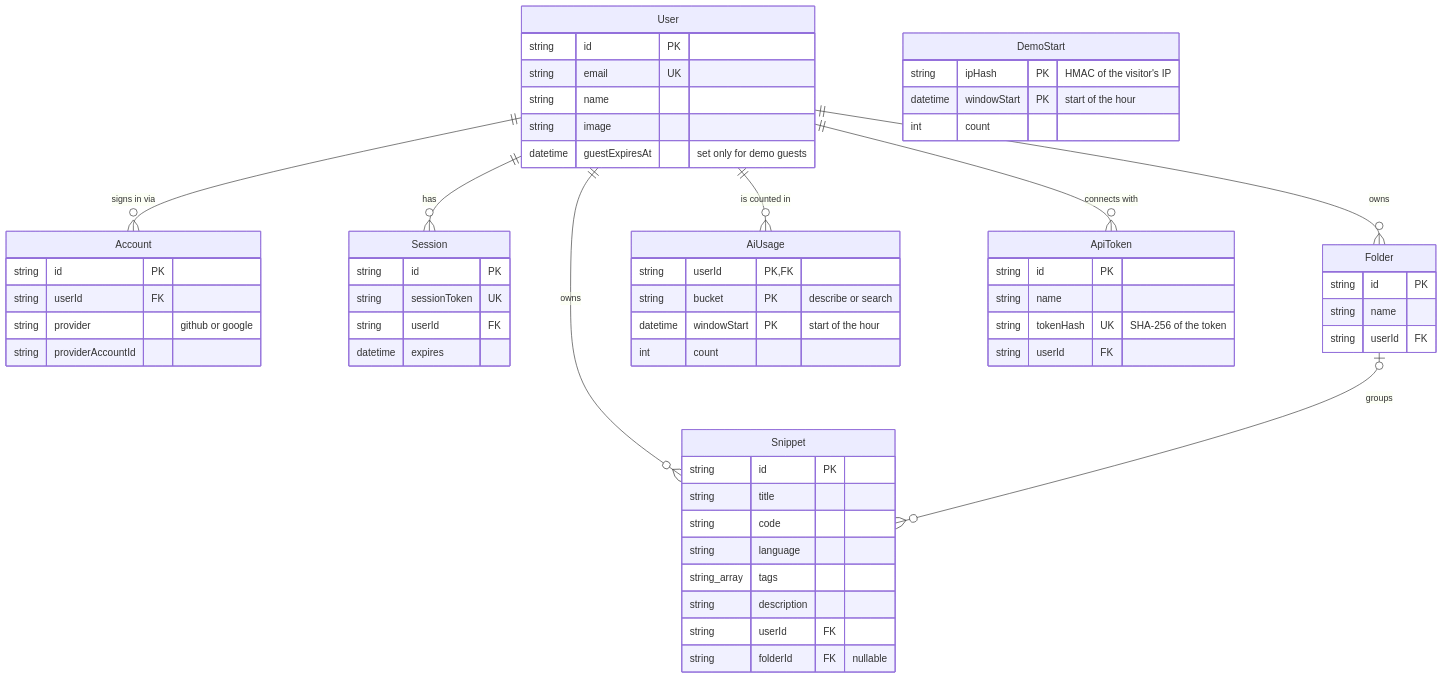
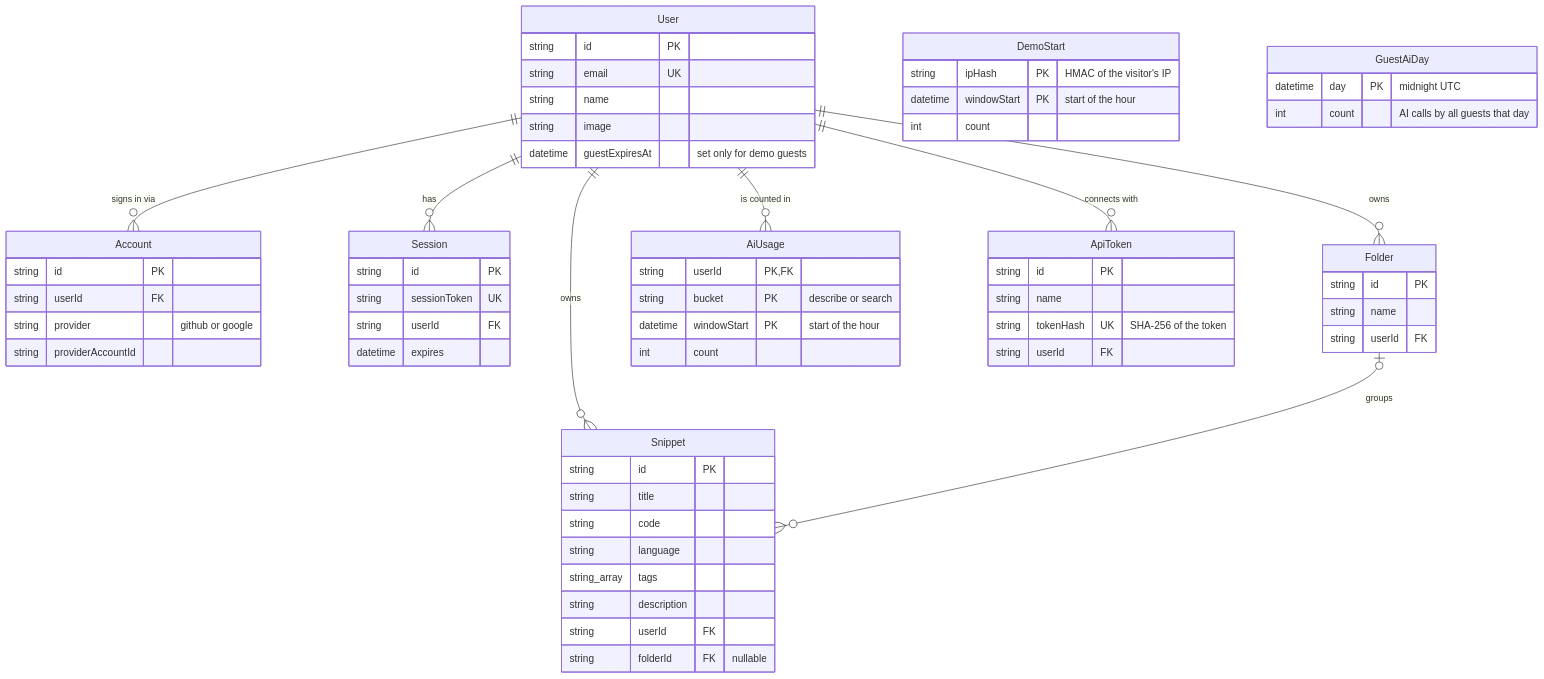
The third of 4 diagrams in docs/ARCHITECTURE.md (RyanDanielWalker/snippr), drawn with Mermaid before and after one commit. The commit also changed other lines of this file and 5 other files, not shown here.

````diff
--- a/docs/ARCHITECTURE.md
+++ b/docs/ARCHITECTURE.md
@@ -125,62 +125,66 @@
 ```mermaid
 erDiagram
     User ||--o{ Account : "signs in via"
     User ||--o{ Session : "has"
     User ||--o{ Snippet : "owns"
     User ||--o{ Folder : "owns"
     User ||--o{ AiUsage : "is counted in"
     User ||--o{ ApiToken : "connects with"
     Folder |o--o{ Snippet : "groups"
 
     User {
         string id PK
         string email UK
         string name
         string image
         datetime guestExpiresAt "set only for demo guests"
     }
     DemoStart {
         string ipHash PK "HMAC of the visitor's IP"
         datetime windowStart PK "start of the hour"
         int count
+    }
+    GuestAiDay {
+        datetime day PK "midnight UTC"
+        int count "AI calls by all guests that day"
     }
     Account {
         string id PK
         string userId FK
         string provider "github or google"
         string providerAccountId
     }
     Session {
         string id PK
         string sessionToken UK
         string userId FK
         datetime expires
     }
     Folder {
         string id PK
         string name
         string userId FK
     }
     ApiToken {
         string id PK
         string name
         string tokenHash UK "SHA-256 of the token"
         string userId FK
     }
     AiUsage {
         string userId PK, FK
         string bucket PK "describe or search"
         datetime windowStart PK "start of the hour"
         int count
     }
     Snippet {
         string id PK
         string title
         string code
         string language
         string_array tags
         string description
         string userId FK
         string folderId FK "nullable"
     }
 ```
````
